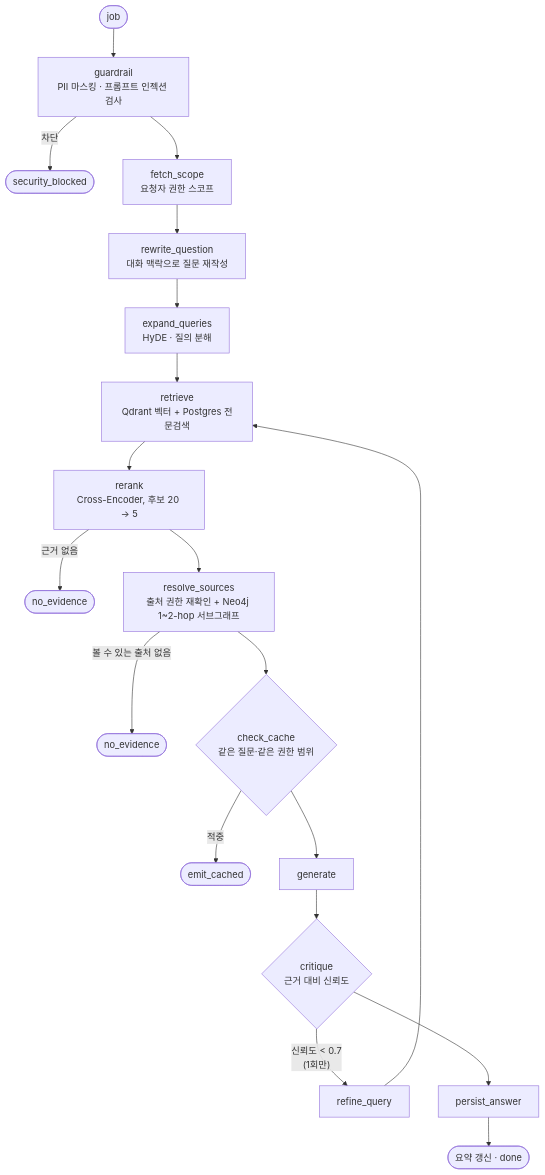
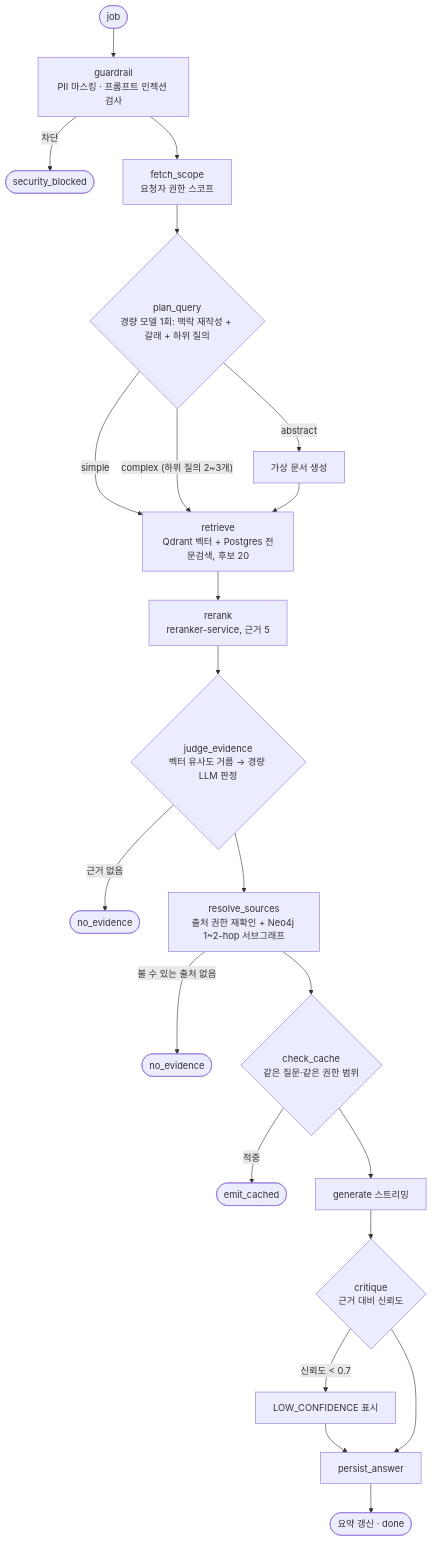
Before and after one commit to bbbbb0413/org-decision-history: the fifth of 7 diagrams in docs/아키텍처_및_요청흐름.md, drawn with Mermaid. The commit also changed other lines of this file and 191 other files, not shown here.

First line of the commit message:
feat: reranker serving, SSE pub/sub relay, gateway auth resilience, LLM query planning and evidence judging

````diff
--- a/docs/아키텍처_및_요청흐름.md
+++ b/docs/아키텍처_및_요청흐름.md
@@ -192,19 +228,21 @@
 ```mermaid
 flowchart TB
     S([job]) --> GR[guardrail<br/>PII 마스킹 · 프롬프트 인젝션 검사]
     GR -- 차단 --> BL([security_blocked])
     GR --> SC[fetch_scope<br/>요청자 권한 스코프]
-    SC --> RW[rewrite_question<br/>대화 맥락으로 질문 재작성]
-    RW --> EX[expand_queries<br/>HyDE · 질의 분해]
-    EX --> RT[retrieve<br/>Qdrant 벡터 + Postgres 전문검색]
-    RT --> RR[rerank<br/>Cross-Encoder, 후보 20 → 5]
-    RR -- 근거 없음 --> NE1([no_evidence])
-    RR --> RS[resolve_sources<br/>출처 권한 재확인 + Neo4j 1~2-hop 서브그래프]
+    SC --> PL{plan_query<br/>경량 모델 1회: 맥락 재작성 + 갈래 + 하위 질의}
+    PL -- simple --> RT
+    PL -- "complex (하위 질의 2~3개)" --> RT
+    PL -- abstract --> HY[가상 문서 생성] --> RT
+    RT[retrieve<br/>Qdrant 벡터 + Postgres 전문검색, 후보 20] --> RR[rerank<br/>reranker-service, 근거 5]
+    RR --> JD{judge_evidence<br/>벡터 유사도 거름 → 경량 LLM 판정}
+    JD -- 근거 없음 --> NE1([no_evidence])
+    JD --> RS[resolve_sources<br/>출처 권한 재확인 + Neo4j 1~2-hop 서브그래프]
     RS -- 볼 수 있는 출처 없음 --> NE2([no_evidence])
     RS --> CC{check_cache<br/>같은 질문·같은 권한 범위}
     CC -- 적중 --> EC([emit_cached])
-    CC --> GEN[generate]
+    CC --> GEN[generate 스트리밍]
     GEN --> CR{critique<br/>근거 대비 신뢰도}
-    CR -- "신뢰도 < 0.7<br/>(1회만)" --> RF[refine_query] --> RT
+    CR -- "신뢰도 < 0.7" --> LOW[LOW_CONFIDENCE 표시] --> PS
     CR --> PS[persist_answer] --> FIN([요약 갱신 · done])
 ```
````
